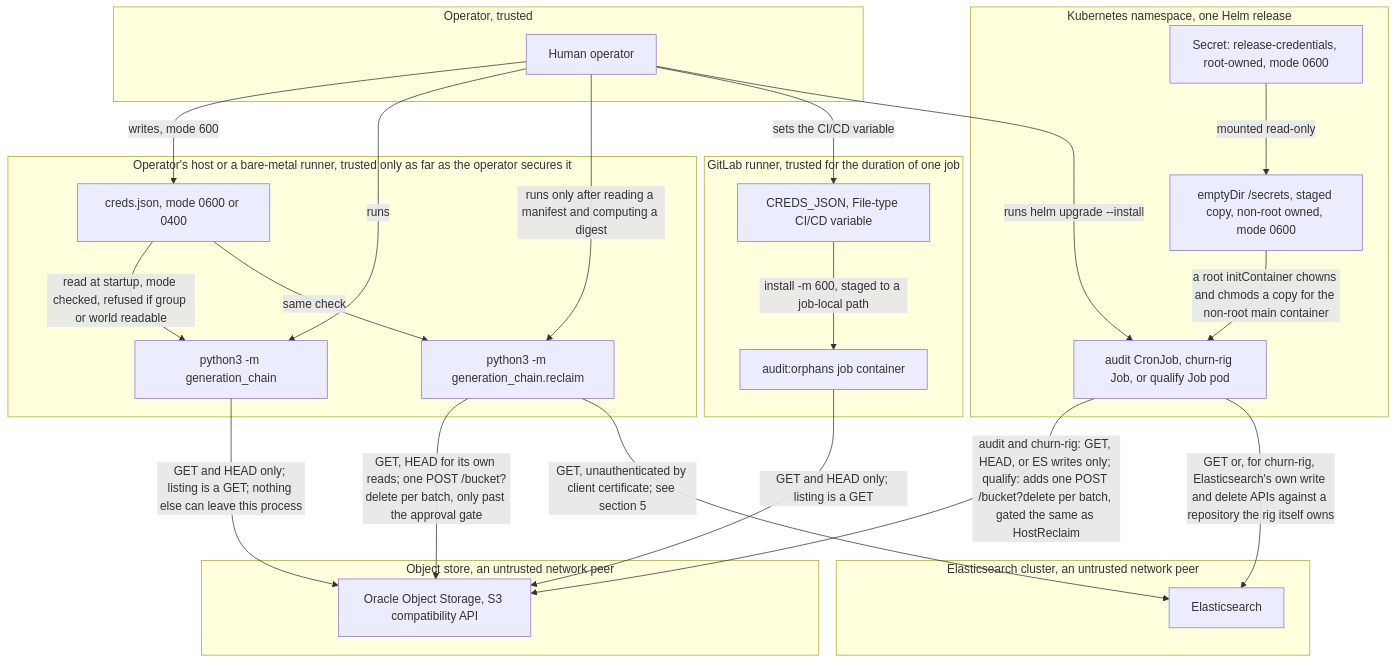
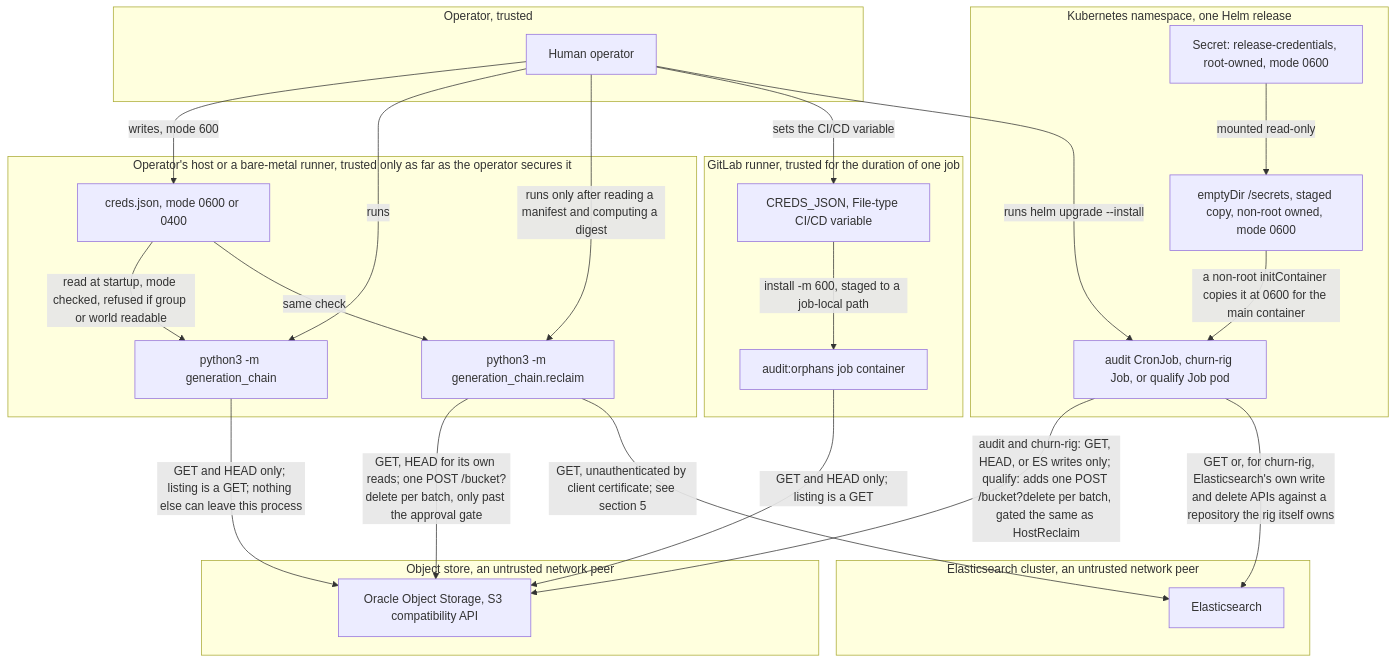
Before and after one commit to thanatostyrannos/elasticsearch-oci-s3-workaround: the sixth of 15 diagrams in docs/security/threat-model.md, drawn with Mermaid. The commit also changed other lines of this file and 4 other files, not shown here.

First line of the commit message:
Stage the rig's credentials as the pod user instead of root

````diff
--- a/docs/security/threat-model.md
+++ b/docs/security/threat-model.md
@@ -444,51 +444,51 @@
 ```mermaid
 flowchart TD
     subgraph OperatorZone["Operator, trusted"]
         Operator["Human operator"]
     end
 
     subgraph HostZone["Operator's host or a bare-metal runner, trusted only as far as the operator secures it"]
         HostCredFile["creds.json, mode 0600 or 0400"]
         HostAudit["python3 -m generation_chain"]
         HostReclaim["python3 -m generation_chain.reclaim"]
     end
 
     subgraph CIZone["GitLab runner, trusted for the duration of one job"]
         CIVar["CREDS_JSON, File-type CI/CD variable"]
         CIJob["audit:orphans job container"]
     end
 
     subgraph K8sZone["Kubernetes namespace, one Helm release"]
         K8sSecret["Secret: release-credentials, root-owned, mode 0600"]
         K8sEmptyDir["emptyDir /secrets, staged copy, non-root owned, mode 0600"]
         K8sPod["audit CronJob, churn-rig Job, or qualify Job pod"]
     end
 
     subgraph StoreZone["Object store, an untrusted network peer"]
         Store["Oracle Object Storage, S3 compatibility API"]
     end
 
     subgraph ESZone["Elasticsearch cluster, an untrusted network peer"]
         ES["Elasticsearch"]
     end
 
     Operator -->|"writes, mode 600"| HostCredFile
     Operator -->|"runs"| HostAudit
     Operator -->|"runs only after reading a manifest and computing a digest"| HostReclaim
     Operator -->|"sets the CI/CD variable"| CIVar
     Operator -->|"runs helm upgrade --install"| K8sPod
 
     HostCredFile -->|"read at startup, mode checked, refused if group or world readable"| HostAudit
     HostCredFile -->|"same check"| HostReclaim
     CIVar -->|"install -m 600, staged to a job-local path"| CIJob
     K8sSecret -->|"mounted read-only"| K8sEmptyDir
-    K8sEmptyDir -->|"a root initContainer chowns and chmods a copy for the non-root main container"| K8sPod
+    K8sEmptyDir -->|"a non-root initContainer copies it at 0600 for the main container"| K8sPod
 
     HostAudit -->|"GET and HEAD only; listing is a GET; nothing else can leave this process"| Store
     HostReclaim -->|"GET, HEAD for its own reads; one POST /bucket?delete per batch, only past the approval gate"| Store
     CIJob -->|"GET and HEAD only; listing is a GET"| Store
     K8sPod -->|"audit and churn-rig: GET, HEAD, or ES writes only; qualify: adds one POST /bucket?delete per batch, gated the same as HostReclaim"| Store
 
     HostReclaim -->|"GET, unauthenticated by client certificate; see section 5"| ES
     K8sPod -->|"GET or, for churn-rig, Elasticsearch's own write and delete APIs against a repository the rig itself owns"| ES
 ```
````
